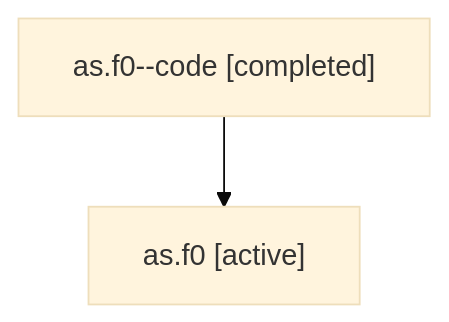
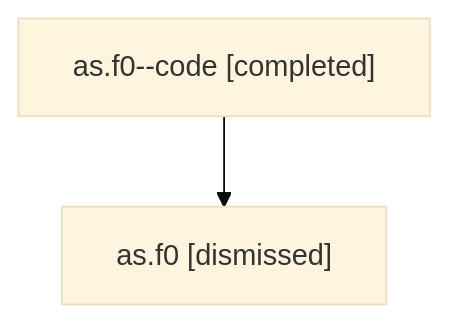
The diagram in sessions/bbugyi200.athena.as.f0.md (sase-org/sase--agents), drawn with Mermaid (base theme) before and after one commit. The commit also changed other lines of this file and 34 other files, not shown here.

````diff
--- a/sessions/bbugyi200.athena.as.f0.md
+++ b/sessions/bbugyi200.athena.as.f0.md
@@ -9,6 +9,6 @@
 ```mermaid
 flowchart TD
   n0["as.f0--code [completed]"]
-  n1["as.f0 [active]"]
+  n1["as.f0 [dismissed]"]
   n0 --> n1
 ```
````
